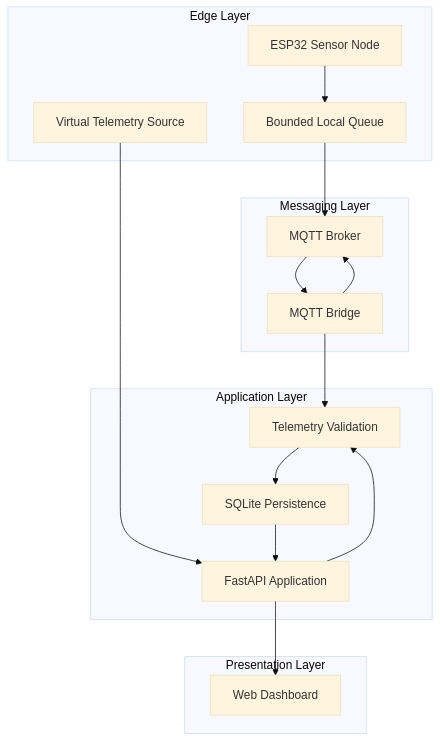
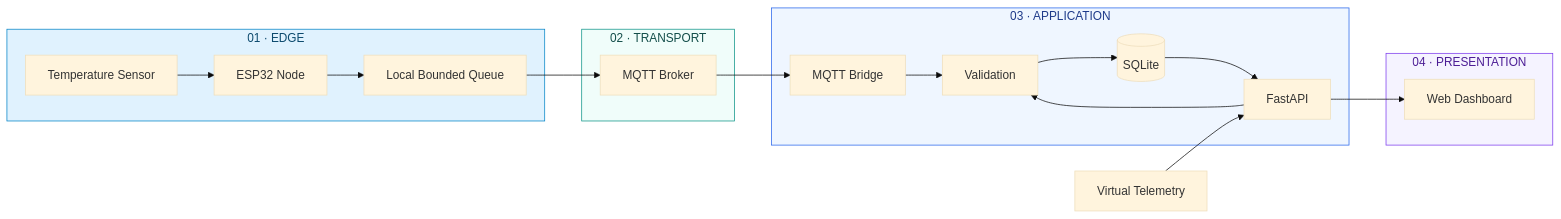
Before and after one commit to chamanvashishth/MW-SENSE: the first of 3 diagrams in README.md, drawn with Mermaid (base theme). The commit also changed other lines of this file, not shown here.

````diff
--- a/README.md
+++ b/README.md
@@ -47,34 +60,39 @@
 ```mermaid
-flowchart TD
-    subgraph Edge["Edge Layer"]
-        ESP["ESP32 Sensor Node"]
-        Queue["Bounded Local Queue"]
-        Virtual["Virtual Telemetry Source"]
+flowchart LR
+    subgraph EDGE["01 · EDGE"]
+        ESP["ESP32 Node"]
+        SENSOR["Temperature Sensor"]
+        QUEUE["Local Bounded Queue"]
+        SENSOR --> ESP --> QUEUE
     end
 
-    subgraph Messaging["Messaging Layer"]
+    subgraph TRANSPORT["02 · TRANSPORT"]
         MQTT["MQTT Broker"]
-        Bridge["MQTT Bridge"]
     end
 
-    subgraph Backend["Application Layer"]
-        API["FastAPI Application"]
-        Validation["Telemetry Validation"]
-        Persistence["SQLite Persistence"]
+    subgraph APPLICATION["03 · APPLICATION"]
+        BRIDGE["MQTT Bridge"]
+        API["FastAPI"]
+        VALIDATE["Validation"]
+        DB[("SQLite")]
+        BRIDGE --> VALIDATE
+        API --> VALIDATE
+        VALIDATE --> DB
     end
 
-    subgraph Presentation["Presentation Layer"]
-        Dashboard["Web Dashboard"]
+    subgraph PRESENTATION["04 · PRESENTATION"]
+        UI["Web Dashboard"]
     end
 
-    ESP --> Queue
-    Queue --> MQTT
-    Virtual --> API
-    MQTT --> Bridge
-    Bridge --> Validation
-    API --> Validation
-    Validation --> Persistence
-    Persistence --> API
-    API --> Dashboard
-    Bridge --> MQTT
+    QUEUE --> MQTT
+    MQTT --> BRIDGE
+    DB --> API
+    API --> UI
+
+    VIRTUAL["Virtual Telemetry"] --> API
+
+    style EDGE fill:#e0f2fe,stroke:#0284c7,color:#0c4a6e
+    style TRANSPORT fill:#f0fdfa,stroke:#0d9488,color:#134e4a
+    style APPLICATION fill:#eff6ff,stroke:#2563eb,color:#1e3a8a
+    style PRESENTATION fill:#f5f3ff,stroke:#7c3aed,color:#4c1d95
 ```
````
